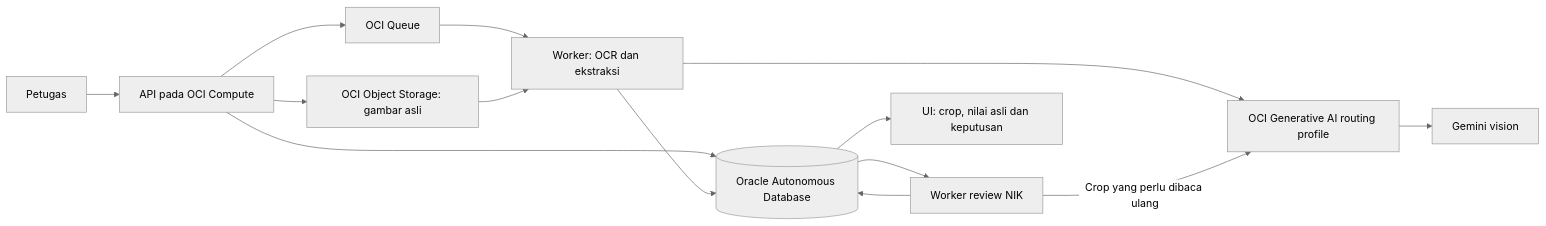
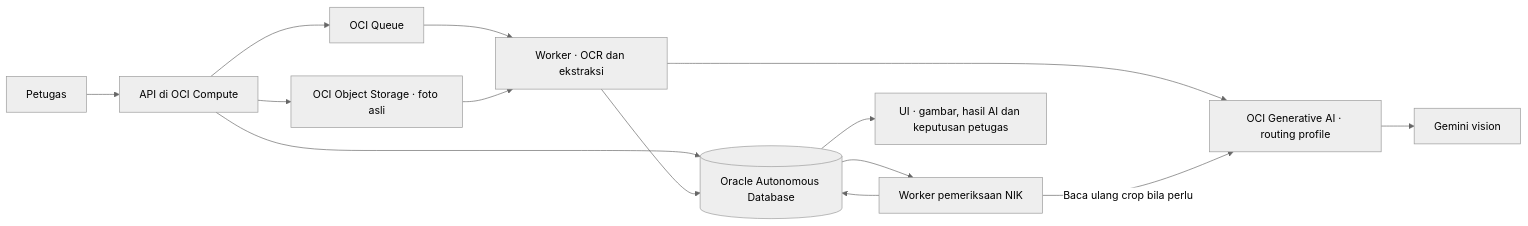
Before and after one commit to orajsn/oci-kk-document-workbench: the diagram in README.md, drawn with Mermaid (neutral theme). The commit also changed other lines of this file and 7 other files, not shown here.

````diff
--- a/README.md
+++ b/README.md
@@ -26,16 +19,16 @@
 ```mermaid
 flowchart LR
-    U[Petugas] --> A[API pada OCI Compute]
-    A --> O[OCI Object Storage: gambar asli]
+    U[Petugas] --> A[API di OCI Compute]
+    A --> O[OCI Object Storage · foto asli]
     A --> D[(Oracle Autonomous Database)]
     A --> Q[OCI Queue]
-    Q --> W[Worker: OCR dan ekstraksi]
+    Q --> W[Worker · OCR dan ekstraksi]
     O --> W
-    W --> G[OCI Generative AI routing profile]
+    W --> G[OCI Generative AI · routing profile]
     G --> M[Gemini vision]
     W --> D
-    D --> R[Worker review NIK]
-    R -->|Crop yang perlu dibaca ulang| G
+    D --> R[Worker pemeriksaan NIK]
+    R -->|Baca ulang crop bila perlu| G
     R --> D
-    D --> UI[UI: crop, nilai asli dan keputusan]
+    D --> UI[UI · gambar, hasil AI dan keputusan petugas]
 ```
````
